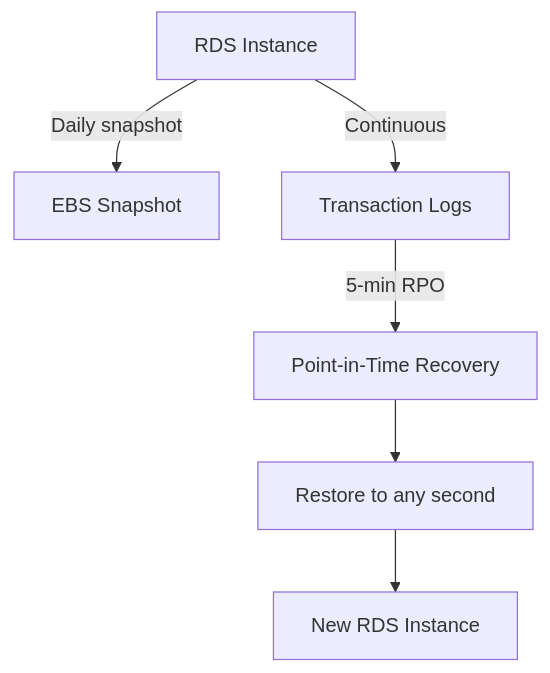
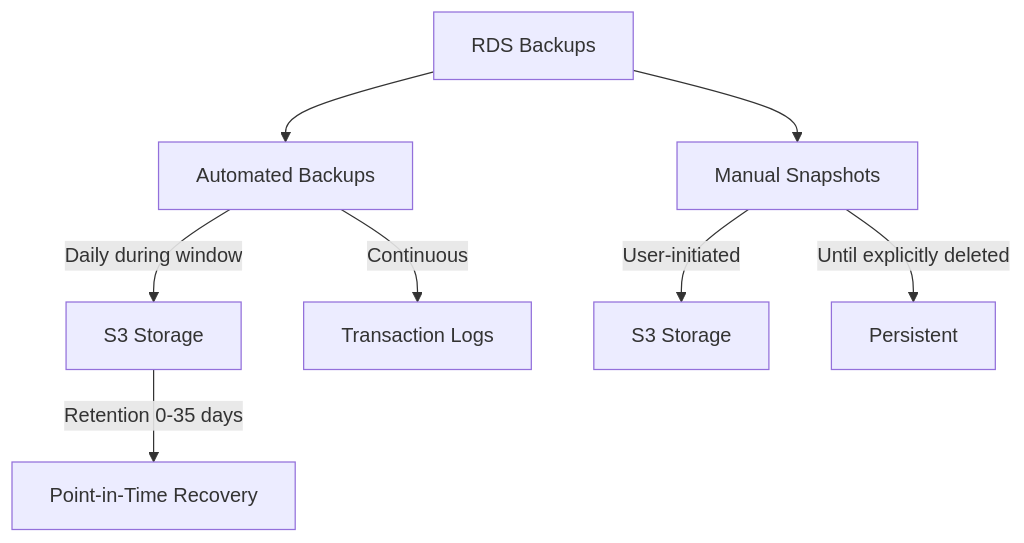
Before and after one commit to vanos001/placement_prep: the eighth of 9 diagrams in src/cloud/aws/rds.md, drawn with Mermaid. The commit also changed other lines of this file and 18 other files, not shown here.

````diff
--- a/src/cloud/aws/rds.md
+++ b/src/cloud/aws/rds.md
@@ -88,9 +223,12 @@
 ```mermaid
-graph TD
-    RDS[RDS Instance] -->|Daily snapshot| SNAP[EBS Snapshot]
-    RDS -->|Continuous| WAL[Transaction Logs]
-    WAL -->|5-min RPO| PITR[Point-in-Time Recovery]
+graph TB
+    BACKUP[RDS Backups] --> AUTO[Automated Backups]
+    BACKUP --> MANUAL[Manual Snapshots]
 
-    PITR --> RESTORE[Restore to any second]
-    RESTORE --> NEW[New RDS Instance]
+    AUTO --> |Daily during window| S3A[S3 Storage]
+    AUTO --> |Continuous| WAL[Transaction Logs]
+    S3A --> |Retention 0-35 days| PITR[Point-in-Time Recovery]
+
+    MANUAL --> |User-initiated| S3M[S3 Storage]
+    MANUAL --> |Until explicitly deleted| PERSIST[Persistent]
 ```
````
